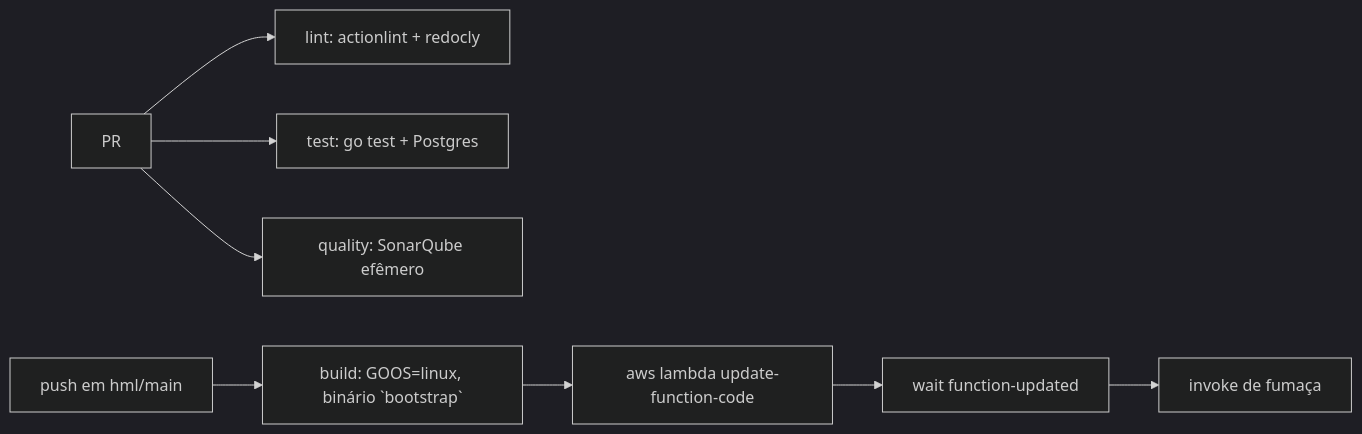
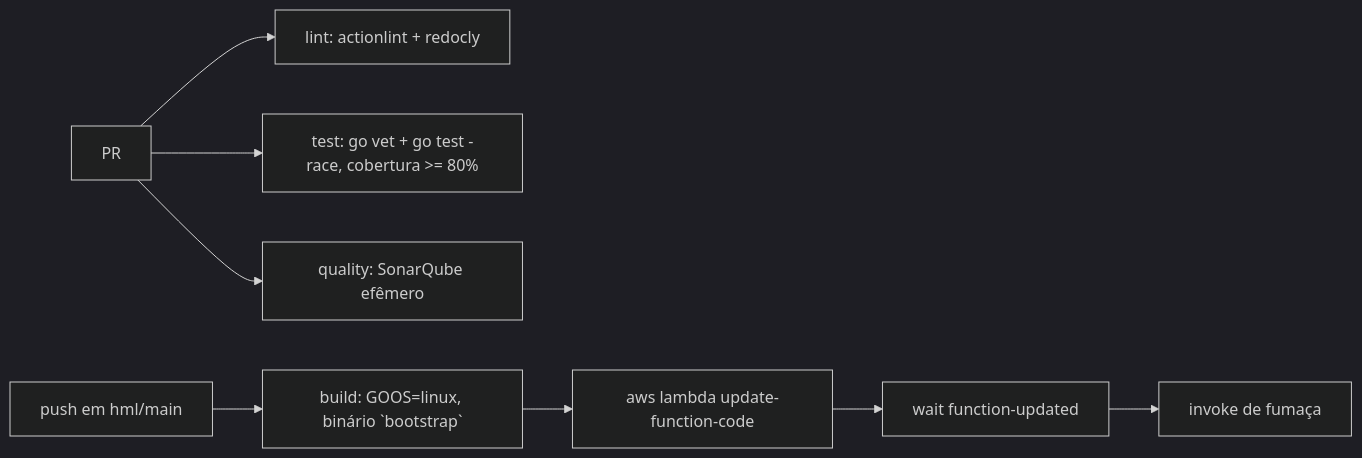
One commit to SOAT-15-Oficina/oficina-mecanica-serverless changed the second of 2 diagrams in README.md. Above: the diagram before and after it, drawn with Mermaid (dark theme). The commit also changed other lines of this file and 5 other files, not shown here.

````diff
--- a/README.md
+++ b/README.md
@@ -83,10 +93,10 @@
 ```mermaid
 flowchart LR
     PR[PR] --> L[lint: actionlint + redocly]
-    PR --> T[test: go test + Postgres]
+    PR --> T["test: go vet + go test -race, cobertura >= 80%"]
     PR --> Q[quality: SonarQube efêmero]
     PUSH[push em hml/main] --> B["build: GOOS=linux, binário `bootstrap`"]
     B --> U[aws lambda update-function-code]
     U --> W[wait function-updated]
     W --> I[invoke de fumaça]
 ```
````
